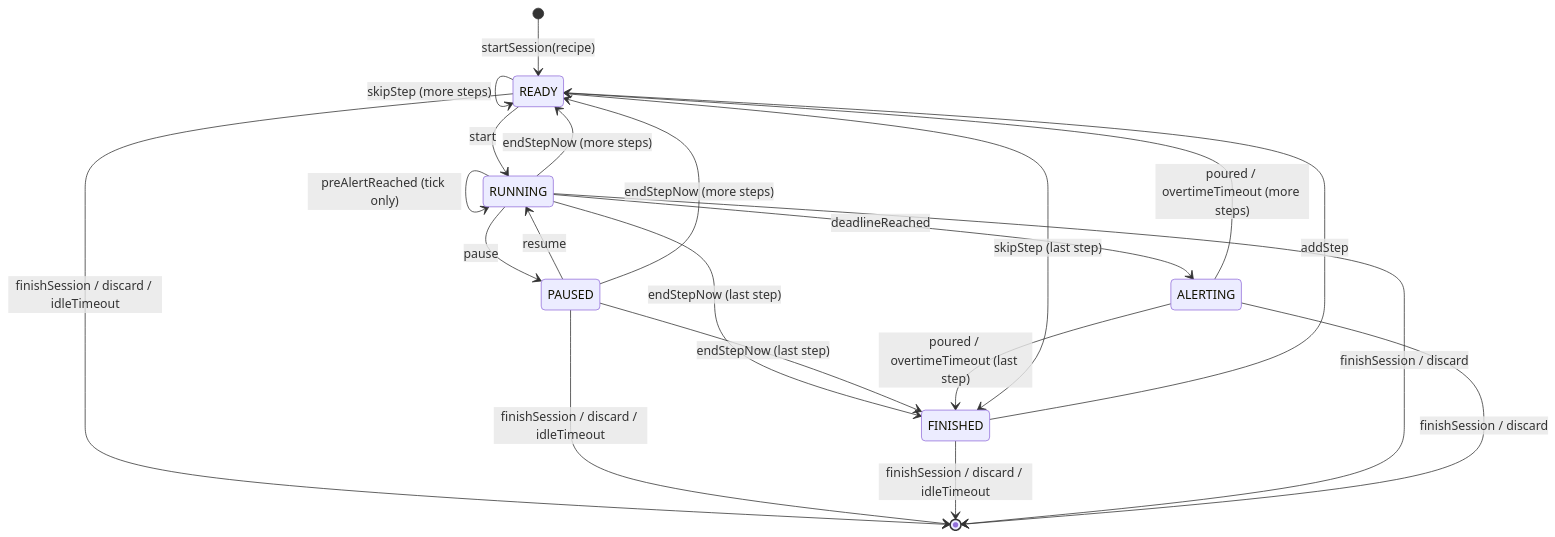
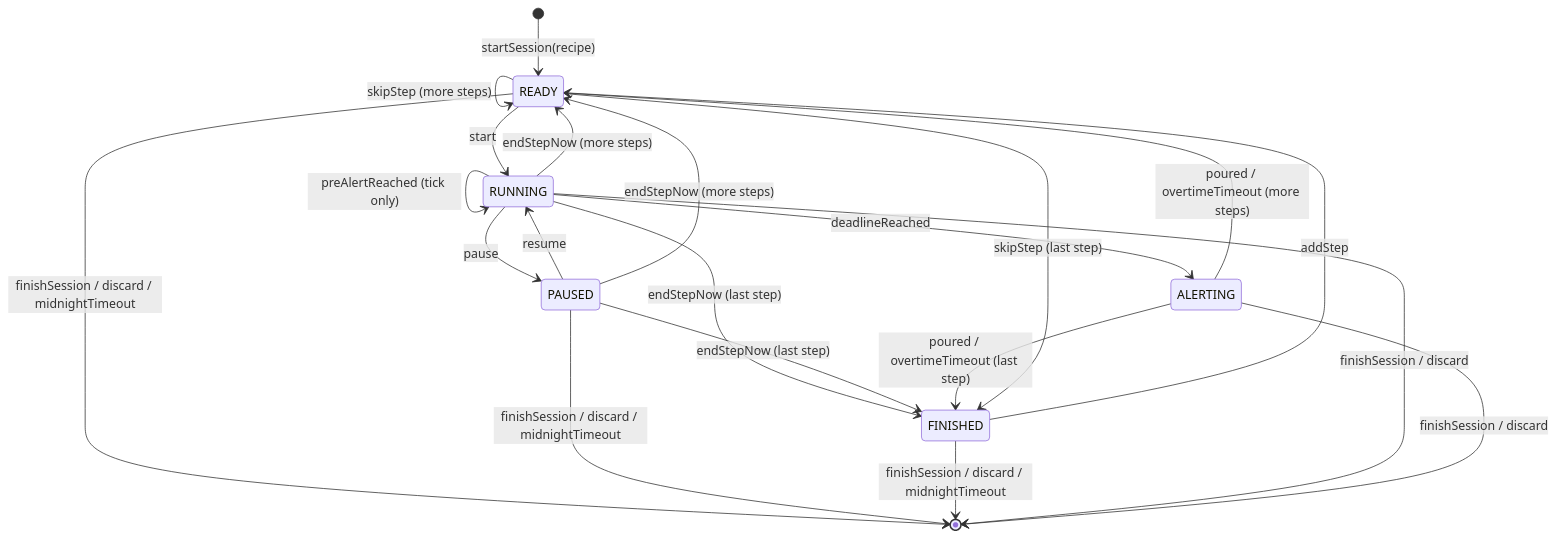
The first of 2 diagrams in docs/specs/04-brew-timer.md (katznmeik/UmamiT), drawn with Mermaid before and after one commit. The commit also changed other lines of this file and 5 other files, not shown here.

````diff
--- a/docs/specs/04-brew-timer.md
+++ b/docs/specs/04-brew-timer.md
@@ -44,23 +44,23 @@
 ```mermaid
 stateDiagram-v2
     [*] --> READY: startSession(recipe)
     READY --> RUNNING: start
     RUNNING --> PAUSED: pause
     PAUSED --> RUNNING: resume
     RUNNING --> RUNNING: preAlertReached (tick only)
     RUNNING --> ALERTING: deadlineReached
     RUNNING --> READY: endStepNow (more steps)
     RUNNING --> FINISHED: endStepNow (last step)
     PAUSED --> READY: endStepNow (more steps)
     PAUSED --> FINISHED: endStepNow (last step)
     ALERTING --> READY: poured / overtimeTimeout (more steps)
     ALERTING --> FINISHED: poured / overtimeTimeout (last step)
     READY --> READY: skipStep (more steps)
     READY --> FINISHED: skipStep (last step)
     FINISHED --> READY: addStep
-    READY --> [*]: finishSession / discard / idleTimeout
-    PAUSED --> [*]: finishSession / discard / idleTimeout
-    FINISHED --> [*]: finishSession / discard / idleTimeout
+    READY --> [*]: finishSession / discard / midnightTimeout
+    PAUSED --> [*]: finishSession / discard / midnightTimeout
+    FINISHED --> [*]: finishSession / discard / midnightTimeout
     RUNNING --> [*]: finishSession / discard
     ALERTING --> [*]: finishSession / discard
 ```
````
